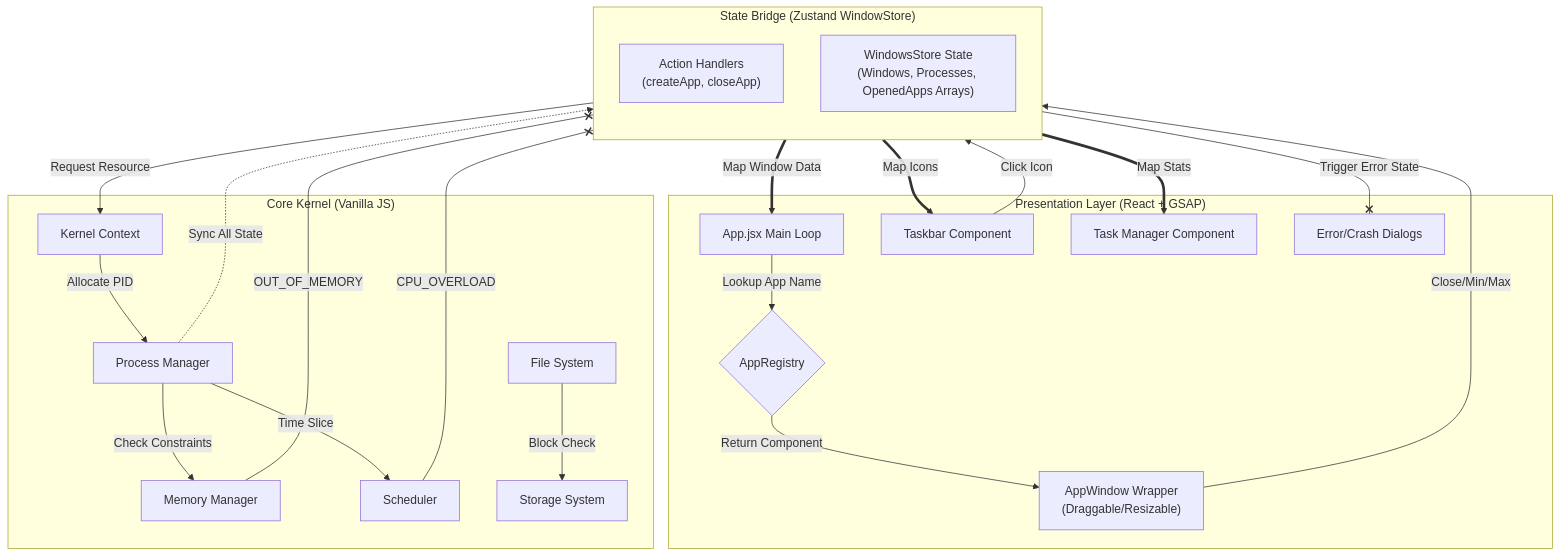
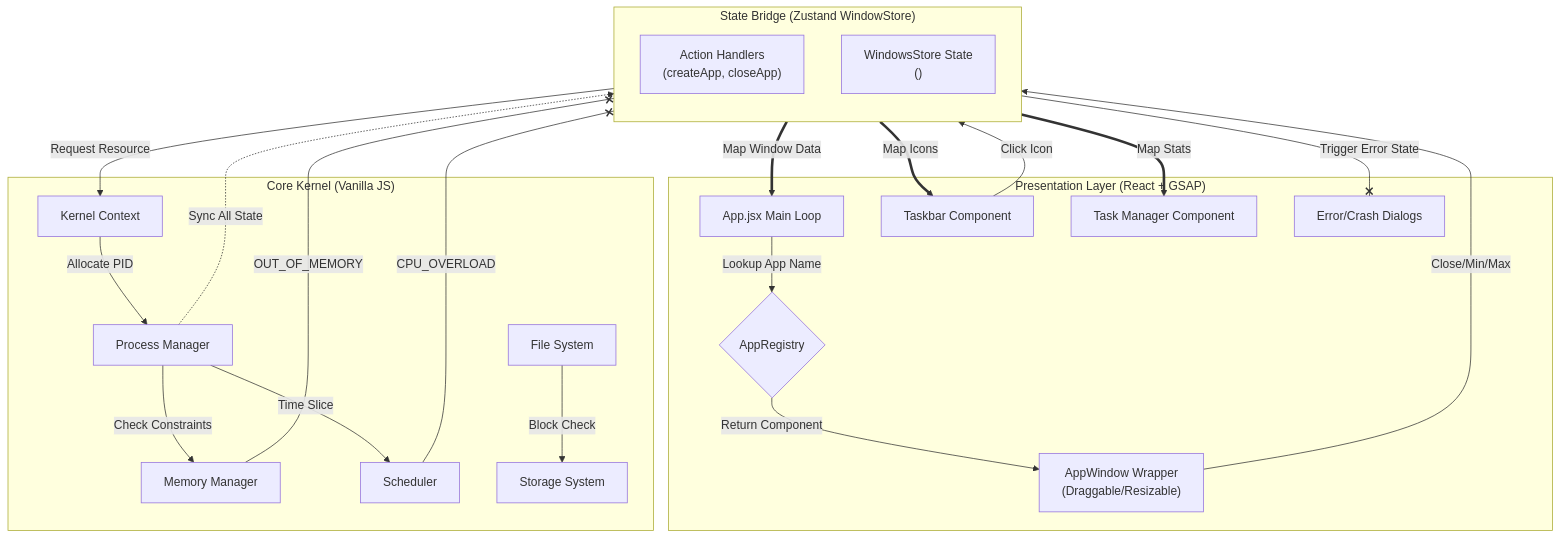
Before and after one commit to Abhivansh0/Web-Based-OS: the diagram in README.md, drawn with Mermaid.

Commit message:
Fix StoreData description in README.md

````diff
--- a/README.md
+++ b/README.md
@@ -26,54 +26,54 @@
 ```mermaid
 graph TD
     subgraph "Presentation Layer (React + GSAP)"
         AppLoop["App.jsx Main Loop"]
         Registry{"AppRegistry"}
         WinSys["AppWindow Wrapper<br/>(Draggable/Resizable)"]
         TBar["Taskbar Component"]
         TM["Task Manager Component"]
         ErrorUI["Error/Crash Dialogs"]
     end
 
     subgraph "State Bridge (Zustand WindowStore)"
         direction TB
         Actions["Action Handlers<br/>(createApp, closeApp)"]
-        StoreData["WindowsStore State<br/>(Windows, Processes, OpenedApps Arrays)"]
+        StoreData["WindowsStore State<br/>()"]
     end
 
     subgraph "Core Kernel (Vanilla JS)"
         Context["Kernel Context"]
         PM["Process Manager"]
         MM["Memory Manager"]
         SCH["Scheduler"]
         FS["File System"]
         Disk["Storage System"]
     end
 
     %% --- FLOW 1: User Interaction ---
     TBar -->|Click Icon| Actions
     WinSys -->|Close/Min/Max| Actions
 
     %% --- FLOW 2: Kernel Authority ---
     Actions -->|Request Resource| Context
     Context -->|Allocate PID| PM
     PM -->|Check Constraints| MM
     PM -->|Time Slice| SCH
     FS -->|Block Check| Disk
 
     %% --- FLOW 3: Error Handling (The 'Sad' Path) ---
     MM --x|OUT_OF_MEMORY| Actions
     SCH --x|CPU_OVERLOAD| Actions
     Actions --x|Trigger Error State| ErrorUI
 
     %% --- FLOW 4: Data Sync (Kernel -> Store) ---
     PM -.->|Sync All State| StoreData
 
     %% --- FLOW 5: Rendering (Store -> UI) ---
     StoreData ==>|Map Window Data| AppLoop
     StoreData ==>|Map Stats| TM
     StoreData ==>|Map Icons| TBar
 
     %% --- FLOW 6: The Registry Pattern ---
     AppLoop -->|Lookup App Name| Registry
     Registry -->|Return Component| WinSys
 ```
````
